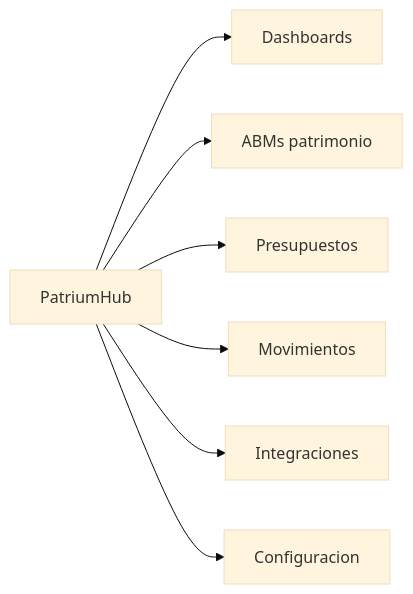
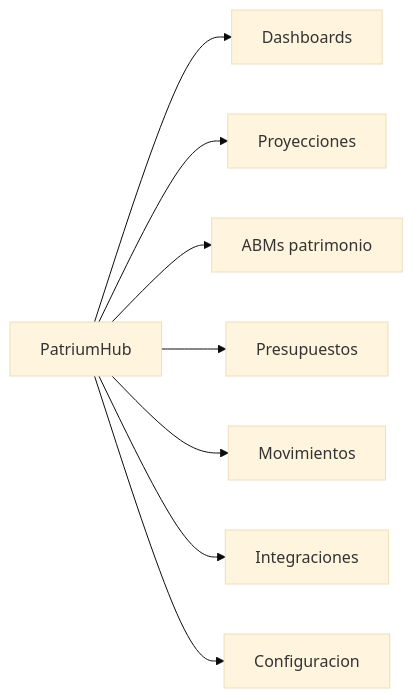
One commit to PatriumHub/Arquitectura changed the diagram in 06-ui-ux.md. Above: the diagram before and after it, drawn with Mermaid (base theme). The commit also changed other lines of this file and 9 other files, not shown here.

````diff
--- a/06-ui-ux.md
+++ b/06-ui-ux.md
@@ -9,9 +9,10 @@
 ```mermaid
 flowchart LR
   Brand[PatriumHub] --> Dash[Dashboards]
+  Brand --> Proj[Proyecciones]
   Brand --> Master[ABMs patrimonio]
   Brand --> Budgets[Presupuestos]
   Brand --> Tx[Movimientos]
   Brand --> Int[Integraciones]
   Brand --> Config[Configuracion]
 ```
````
